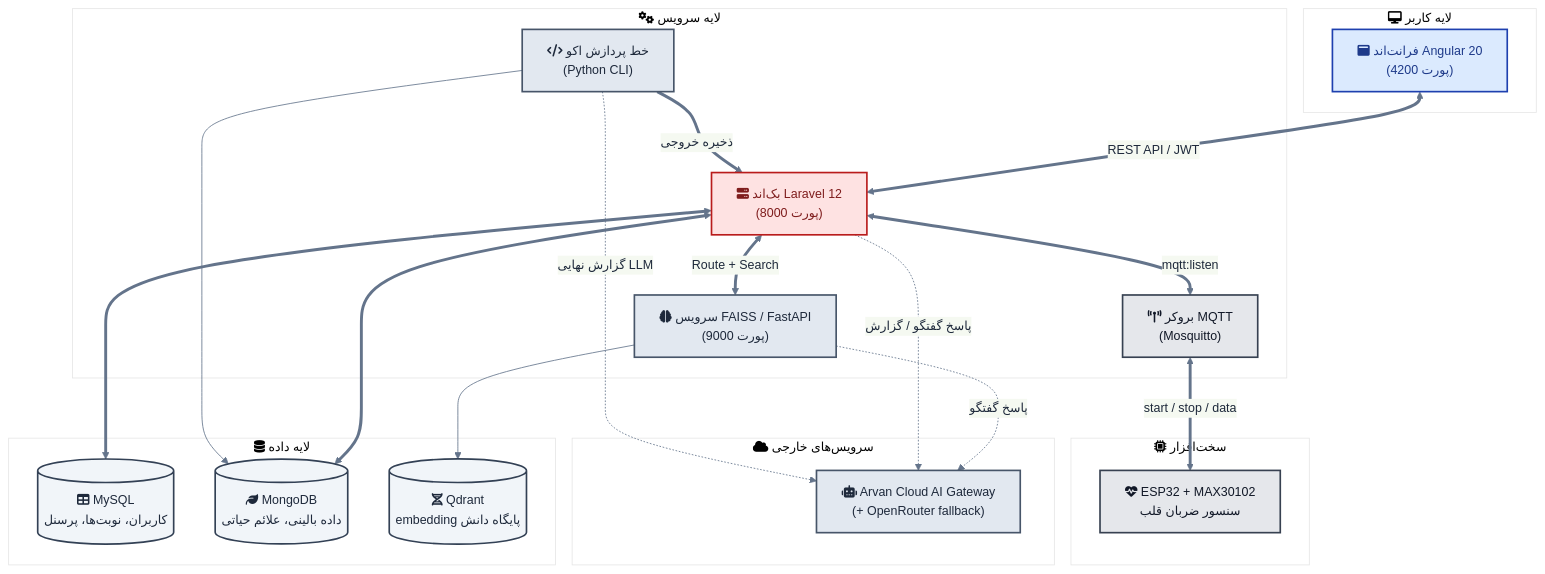
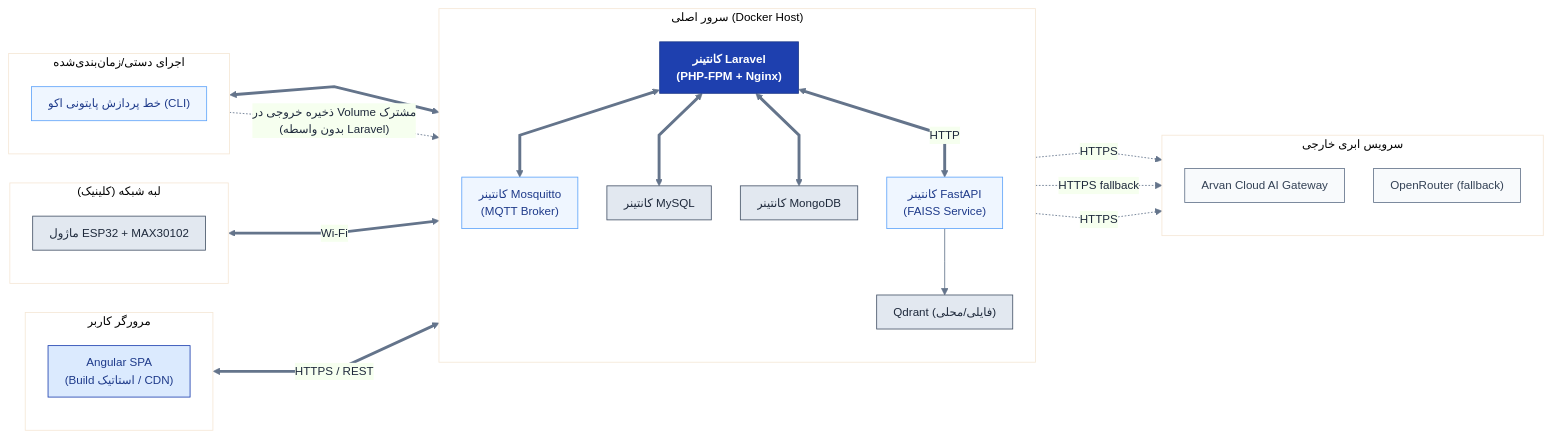
The diagram in docs/diagrams/v2/06_architecture.mmd (Mreza-mh/echo_prj), drawn with Mermaid before and after one commit. The commit also changed 20 other files, not shown here.

Commit message:
update mmd diagrams, echo history service, front/back configs

```diff
--- a/docs/diagrams/v2/06_architecture.mmd
+++ b/docs/diagrams/v2/06_architecture.mmd
@@ -1,46 +1,55 @@
-%%{init: {'theme':'base', 'themeVariables': {'primaryColor':'#f1f5f9','primaryBorderColor':'#334155','primaryTextColor':'#1e293b','lineColor':'#64748b','fontSize':'15px'}}}%%
-flowchart TB
-    classDef client fill:#dbeafe,stroke:#1e40af,stroke-width:2px,color:#1e3a8a
-    classDef laravel fill:#fee2e2,stroke:#b91c1c,stroke-width:2px,color:#7f1d1d
-    classDef server fill:#e2e8f0,stroke:#475569,stroke-width:2px,color:#1e293b
-    classDef iot fill:#e5e7eb,stroke:#374151,stroke-width:2px,color:#111827
-    classDef db fill:#f1f5f9,stroke:#334155,stroke-width:2px,color:#1e293b
-    classDef ext fill:#e2e8f0,stroke:#475569,stroke-width:2px,color:#1e293b
+%%{init: {'theme':'base', 'flowchart': {'curve':'linear', 'nodeSpacing':35, 'rankSpacing':55, 'padding':10}, 'themeVariables': {'primaryColor':'#eff6ff','primaryBorderColor':'#1e40af','primaryTextColor':'#1e293b','lineColor':'#64748b','fontSize':'14px'}}}%%
+flowchart LR
+    classDef startEnd fill:#1e40af,stroke:#1e3a8a,color:#ffffff,font-weight:bold
+    classDef user fill:#dbeafe,stroke:#1e40af,color:#1e3a8a
+    classDef iot fill:#e2e8f0,stroke:#475569,color:#1e293b
+    classDef server fill:#eff6ff,stroke:#60a5fa,color:#1e3a8a
+    classDef decision fill:#f8fafc,stroke:#64748b,color:#334155
+    classDef data fill:#e2e8f0,stroke:#475569,color:#1e293b
 
-    subgraph L1["fa:fa-desktop لایه کاربر"]
-        FE["fa:fa-window-maximize فرانت‌اند Angular 20\n(پورت 4200)"]:::client
+    subgraph WEB["مرورگر کاربر"]
+        direction TB
+        B1["Angular SPA<br/>(Build استاتیک / CDN)"]:::user
     end
 
-    subgraph L2["fa:fa-cogs لایه سرویس"]
-        BE["fa:fa-server بک‌اند Laravel 12\n(پورت 8000)"]:::laravel
-        AI["fa:fa-brain سرویس FAISS / FastAPI\n(پورت 9000)"]:::server
-        PY["fa:fa-code خط پردازش اکو\n(Python CLI)"]:::server
-        MQTT["fa:fa-broadcast-tower بروکر MQTT\n(Mosquitto)"]:::iot
+    subgraph EDGE["لبه شبکه (کلینیک)"]
+        direction TB
+        D1["ماژول ESP32 + MAX30102"]:::iot
     end
 
-    subgraph L3["fa:fa-database لایه داده"]
-        MySQL[("fa:fa-table MySQL\nکاربران، نوبت‌ها، پرسنل")]:::db
-        Mongo[("fa:fa-leaf MongoDB\nداده بالینی، علائم حیاتی")]:::db
-        Qdrant[("fa:fa-dna Qdrant\nembedding پایگاه دانش")]:::db
+    subgraph SRV["سرور اصلی (Docker Host)"]
+        direction TB
+        C1["کانتینر Laravel<br/>(PHP-FPM + Nginx)"]:::startEnd
+        C2["کانتینر FastAPI<br/>(FAISS Service)"]:::server
+        C3["کانتینر Mosquitto<br/>(MQTT Broker)"]:::server
+        C4["کانتینر MySQL"]:::data
+        C5["کانتینر MongoDB"]:::data
+        C6["Qdrant (فایلی/محلی)"]:::data
     end
 
-    subgraph L4["fa:fa-cloud سرویس‌های خارجی"]
-        LLM["fa:fa-robot Arvan Cloud AI Gateway\n(+ OpenRouter fallback)"]:::ext
+    subgraph WORKER["اجرای دستی/زمان‌بندی‌شده"]
+        direction TB
+        P1["خط پردازش پایتونی اکو (CLI)"]:::server
     end
 
-    subgraph L5["fa:fa-microchip سخت‌افزار"]
-        ESP["fa:fa-heartbeat ESP32 + MAX30102\nسنسور ضربان قلب"]:::iot
+    subgraph CLOUD["سرویس ابری خارجی"]
+        direction TB
+        L1["Arvan Cloud AI Gateway"]:::decision
+        L2["OpenRouter (fallback)"]:::decision
     end
 
-    FE <==>|"REST API / JWT"| BE
-    BE <==>|"Route + Search"| AI
-    AI --> Qdrant
-    AI -.->|"پاسخ گفتگو"| LLM
-    BE -.->|"پاسخ گفتگو / گزارش"| LLM
-    BE <==> MySQL
-    BE <==> Mongo
-    BE <==>|"mqtt:listen"| MQTT
-    MQTT <==>|"start / stop / data"| ESP
-    PY --> Mongo
-    PY -.->|"گزارش نهایی LLM"| LLM
-    PY ==>|"ذخیره خروجی"| BE
+    B1 <==>|"HTTPS / REST"| C1
+    D1 <==>|"Wi-Fi"| C3
+
+    C1 <==> C3
+    C1 <==> C4
+    C1 <==> C5
+    C1 <==>|"HTTP"| C2
+    C2 --> C6
+
+    P1 <==> C5
+    P1 -.->|"ذخیره خروجی در Volume مشترک<br/>(بدون واسطه Laravel)"| C1
+
+    C1 -.->|"HTTPS"| L1
+    C1 -.->|"HTTPS fallback"| L2
+    C2 -.->|"HTTPS"| L1
```
